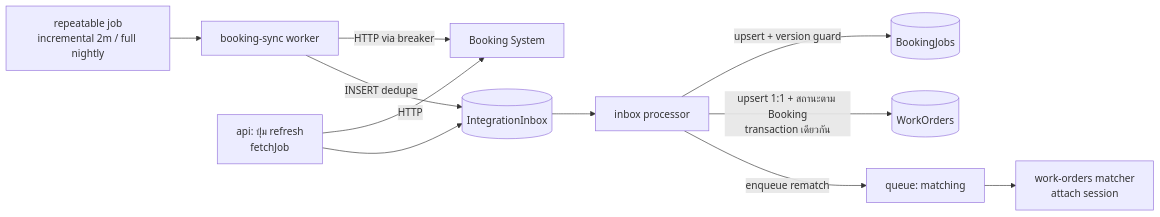
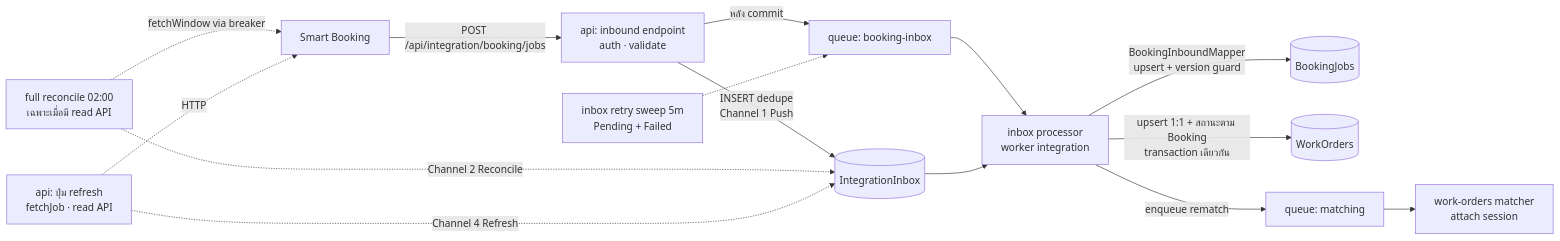
The sixth of 6 diagrams in docs/blueprint/02-system-architecture.md (b-werayut/psd-bodycam-v1.0), drawn with Mermaid before and after one commit. The commit also changed other lines of this file and 15 other files, not shown here.

````diff
--- a/docs/blueprint/02-system-architecture.md
+++ b/docs/blueprint/02-system-architecture.md
@@ -230,13 +239,17 @@
 ```mermaid
 flowchart LR
-  SCH["repeatable job<br/>incremental 2m / full nightly"] --> SYNC["booking-sync worker"]
-  REF["api: ปุ่ม refresh<br/>fetchJob"] -- "HTTP" --> BOOK
-  SYNC -- "HTTP via breaker" --> BOOK["Booking System"]
-  SYNC -- "INSERT dedupe" --> IN[("IntegrationInbox")]
-  REF --> IN
-  IN --> PROC["inbox processor"]
-  PROC -- "upsert + version guard" --> BJ[("BookingJobs")]
+  BOOK["Smart Booking"] -- "POST /api/integration/booking/jobs" --> INB["api: inbound endpoint<br/>auth · validate"]
+  INB -- "INSERT dedupe<br/>Channel 1 Push" --> IN[("IntegrationInbox")]
+  INB -- "หลัง commit" --> QI["queue: booking-inbox"]
+  SWP["inbox retry sweep 5m<br/>Pending + Failed"] -.-> QI
+  QI --> PROC["inbox processor<br/>worker integration"]
+  IN --> PROC
+  SCH["full reconcile 02:00<br/>เฉพาะเมื่อมี read API"] -. "fetchWindow via breaker" .-> BOOK
+  REF["api: ปุ่ม refresh<br/>fetchJob · read API"] -. "HTTP" .-> BOOK
+  SCH -. "Channel 2 Reconcile" .-> IN
+  REF -. "Channel 4 Refresh" .-> IN
+  PROC -- "BookingInboundMapper<br/>upsert + version guard" --> BJ[("BookingJobs")]
   PROC -- "upsert 1:1 + สถานะตาม Booking<br/>transaction เดียวกัน" --> WO[("WorkOrders")]
   PROC -- "enqueue rematch" --> Q["queue: matching"]
   Q --> WOM["work-orders matcher<br/>attach session"]
 ```
````
